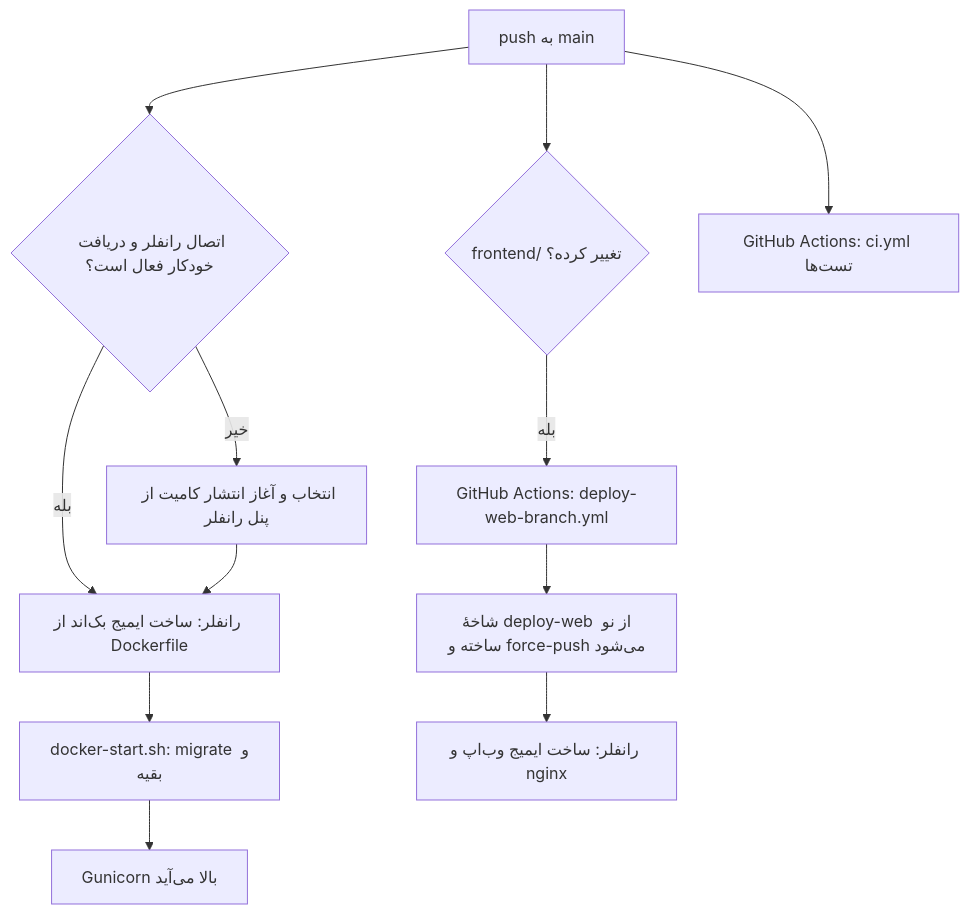
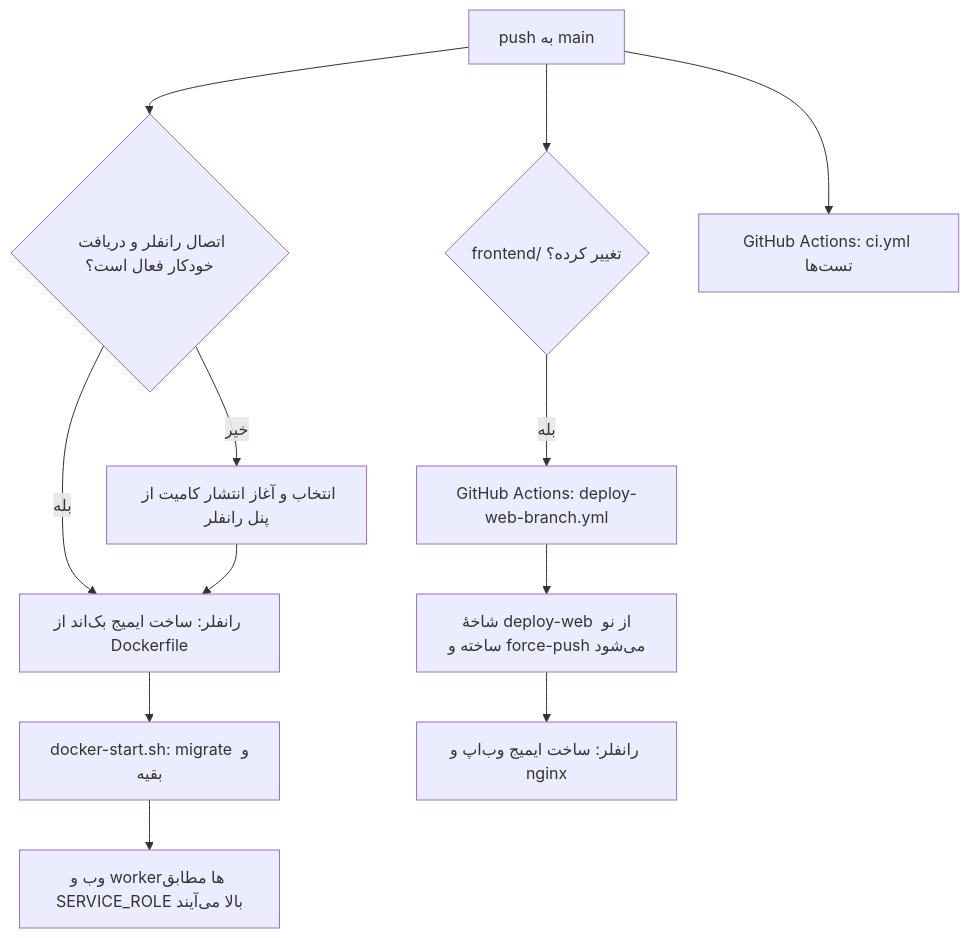
One commit to AmirMottaghiZadeh/Learning_Platform changed the diagram in docs/08-deployment.md. Above: the diagram before and after it, drawn with Mermaid. The commit also changed other lines of this file and 11 other files, not shown here.

````diff
--- a/docs/08-deployment.md
+++ b/docs/08-deployment.md
@@ -23,14 +27,14 @@
 ```mermaid
 flowchart TD
   P[push به main] --> T{اتصال رانفلر و دریافت خودکار فعال است؟}
   T -- بله --> B[رانفلر: ساخت ایمیج بک‌اند از Dockerfile]
   T -- خیر --> M[انتخاب و آغاز انتشار کامیت از پنل رانفلر]
   M --> B
   B --> S[docker-start.sh: migrate و بقیه]
-  S --> G[Gunicorn بالا می‌آید]
+  S --> G[وب و workerها مطابق SERVICE_ROLE بالا می‌آیند]
   P --> C{frontend/ تغییر کرده؟}
   C -- بله --> A[GitHub Actions: deploy-web-branch.yml]
   A --> D[شاخهٔ deploy-web از نو ساخته و force-push می‌شود]
   D --> W[رانفلر: ساخت ایمیج وب‌اپ و nginx]
   P --> CI[GitHub Actions: ci.yml تست‌ها]
 ```
````
